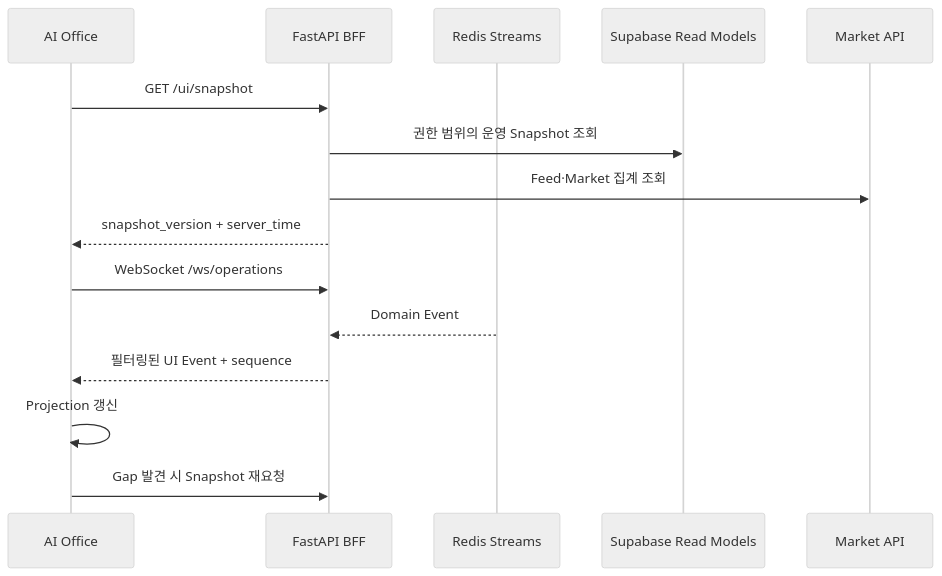
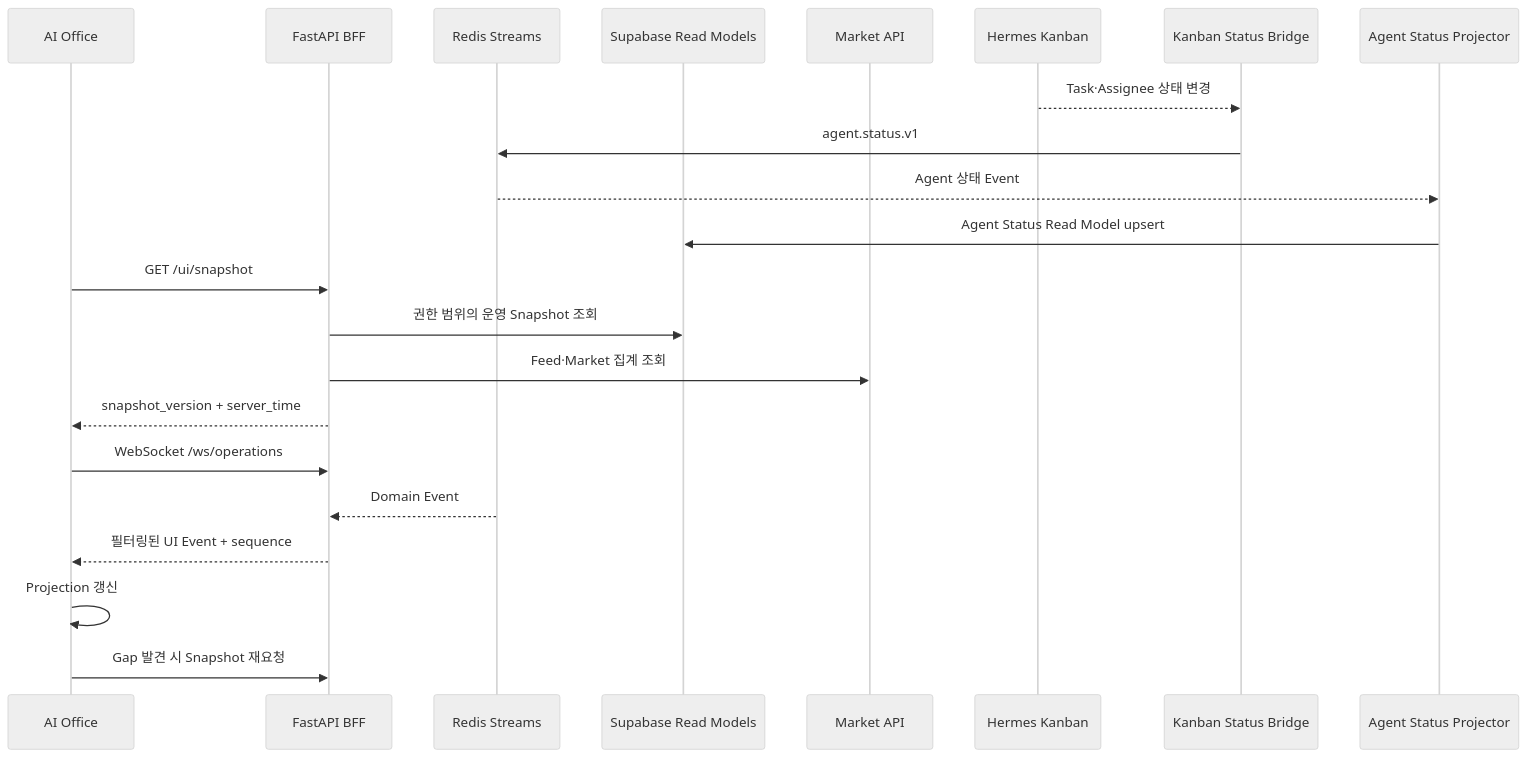
Before and after one commit to HgFinance/multi_agent: the diagram in docs/02-engineering/AI_OFFICE_FRONTEND_PLAN.md, drawn with Mermaid (neutral theme). The commit also changed other lines of this file and 24 other files, not shown here.

````diff
--- a/docs/02-engineering/AI_OFFICE_FRONTEND_PLAN.md
+++ b/docs/02-engineering/AI_OFFICE_FRONTEND_PLAN.md
@@ -100,18 +100,26 @@
 ```mermaid
 sequenceDiagram
     participant UI as AI Office
     participant API as FastAPI BFF
     participant BUS as Redis Streams
     participant DB as Supabase Read Models
     participant MD as Market API
+    participant KB as Hermes Kanban
+    participant BR as Kanban Status Bridge
+    participant PRJ as Agent Status Projector
+
+    KB-->>BR: Task·Assignee 상태 변경
+    BR->>BUS: agent.status.v1
+    BUS-->>PRJ: Agent 상태 Event
+    PRJ->>DB: Agent Status Read Model upsert
 
     UI->>API: GET /ui/snapshot
     API->>DB: 권한 범위의 운영 Snapshot 조회
     API->>MD: Feed·Market 집계 조회
     API-->>UI: snapshot_version + server_time
     UI->>API: WebSocket /ws/operations
     BUS-->>API: Domain Event
     API-->>UI: 필터링된 UI Event + sequence
     UI->>UI: Projection 갱신
     UI->>API: Gap 발견 시 Snapshot 재요청
 ```
````
